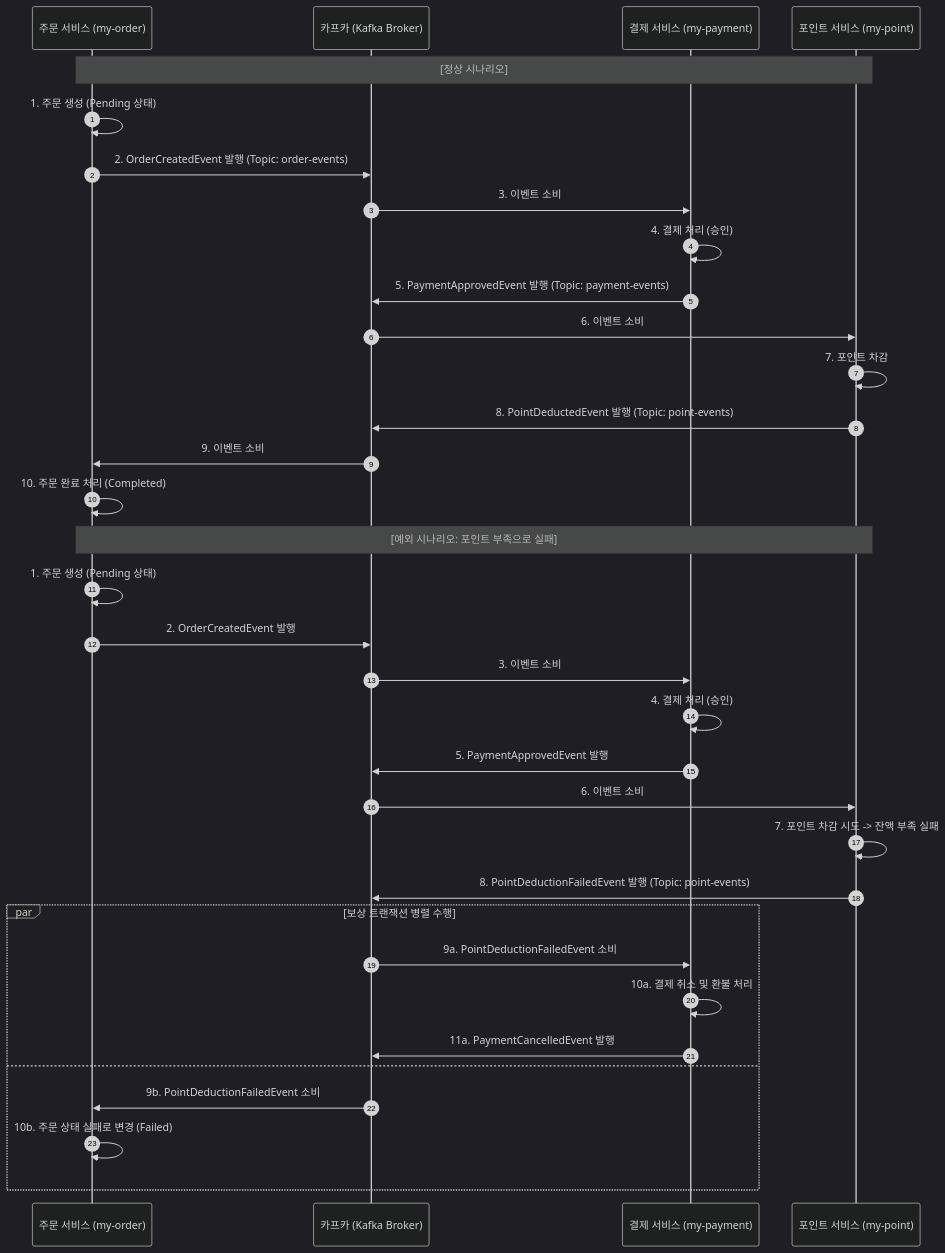
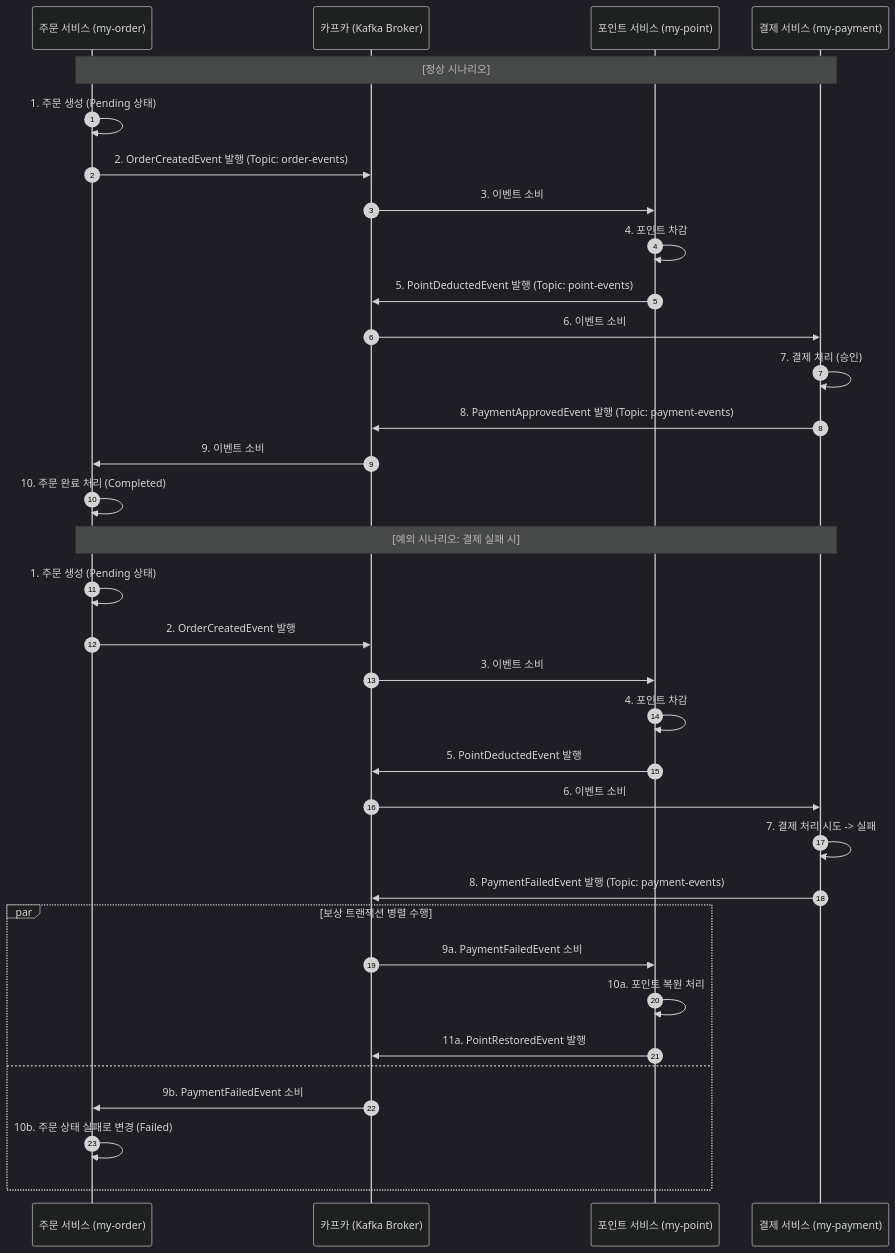
Before and after one commit to devyyj/mastering-distributed-transaction: the diagram in docs/06_코레오그래피.md, drawn with Mermaid (dark theme). The commit also changed other lines of this file and 18 other files, not shown here.

````diff
--- a/docs/06_코레오그래피.md
+++ b/docs/06_코레오그래피.md
@@ -34,39 +34,39 @@
 ```mermaid
 sequenceDiagram
     autonumber
     participant Order as 주문 서비스 (my-order)
     participant Kafka as 카프카 (Kafka Broker)
+    participant Point as 포인트 서비스 (my-point)
     participant Payment as 결제 서비스 (my-payment)
-    participant Point as 포인트 서비스 (my-point)
 
-    Note over Order, Point: [정상 시나리오]
+    Note over Order, Payment: [정상 시나리오]
     Order->>Order: 1. 주문 생성 (Pending 상태)
     Order->>Kafka: 2. OrderCreatedEvent 발행 (Topic: order-events)
-    Kafka->>Payment: 3. 이벤트 소비
-    Payment->>Payment: 4. 결제 처리 (승인)
-    Payment->>Kafka: 5. PaymentApprovedEvent 발행 (Topic: payment-events)
-    Kafka->>Point: 6. 이벤트 소비
-    Point->>Point: 7. 포인트 차감
-    Point->>Kafka: 8. PointDeductedEvent 발행 (Topic: point-events)
+    Kafka->>Point: 3. 이벤트 소비
+    Point->>Point: 4. 포인트 차감
+    Point->>Kafka: 5. PointDeductedEvent 발행 (Topic: point-events)
+    Kafka->>Payment: 6. 이벤트 소비
+    Payment->>Payment: 7. 결제 처리 (승인)
+    Payment->>Kafka: 8. PaymentApprovedEvent 발행 (Topic: payment-events)
     Kafka->>Order: 9. 이벤트 소비
     Order->>Order: 10. 주문 완료 처리 (Completed)
 
-    Note over Order, Point: [예외 시나리오: 포인트 부족으로 실패]
+    Note over Order, Payment: [예외 시나리오: 결제 실패 시]
     Order->>Order: 1. 주문 생성 (Pending 상태)
     Order->>Kafka: 2. OrderCreatedEvent 발행
-    Kafka->>Payment: 3. 이벤트 소비
-    Payment->>Payment: 4. 결제 처리 (승인)
-    Payment->>Kafka: 5. PaymentApprovedEvent 발행
-    Kafka->>Point: 6. 이벤트 소비
-    Point->>Point: 7. 포인트 차감 시도 -> 잔액 부족 실패
-    Point->>Kafka: 8. PointDeductionFailedEvent 발행 (Topic: point-events)
-    
+    Kafka->>Point: 3. 이벤트 소비
+    Point->>Point: 4. 포인트 차감
+    Point->>Kafka: 5. PointDeductedEvent 발행
+    Kafka->>Payment: 6. 이벤트 소비
+    Payment->>Payment: 7. 결제 처리 시도 -> 실패
+    Payment->>Kafka: 8. PaymentFailedEvent 발행 (Topic: payment-events)
+
     par 보상 트랜잭션 병렬 수행
-        Kafka->>Payment: 9a. PointDeductionFailedEvent 소비
-        Payment->>Payment: 10a. 결제 취소 및 환불 처리
-        Payment->>Kafka: 11a. PaymentCancelledEvent 발행
+        Kafka->>Point: 9a. PaymentFailedEvent 소비
+        Point->>Point: 10a. 포인트 복원 처리
+        Point->>Kafka: 11a. PointRestoredEvent 발행
     and
-        Kafka->>Order: 9b. PointDeductionFailedEvent 소비
+        Kafka->>Order: 9b. PaymentFailedEvent 소비
         Order->>Order: 10b. 주문 상태 실패로 변경 (Failed)
     end
 ```
````
